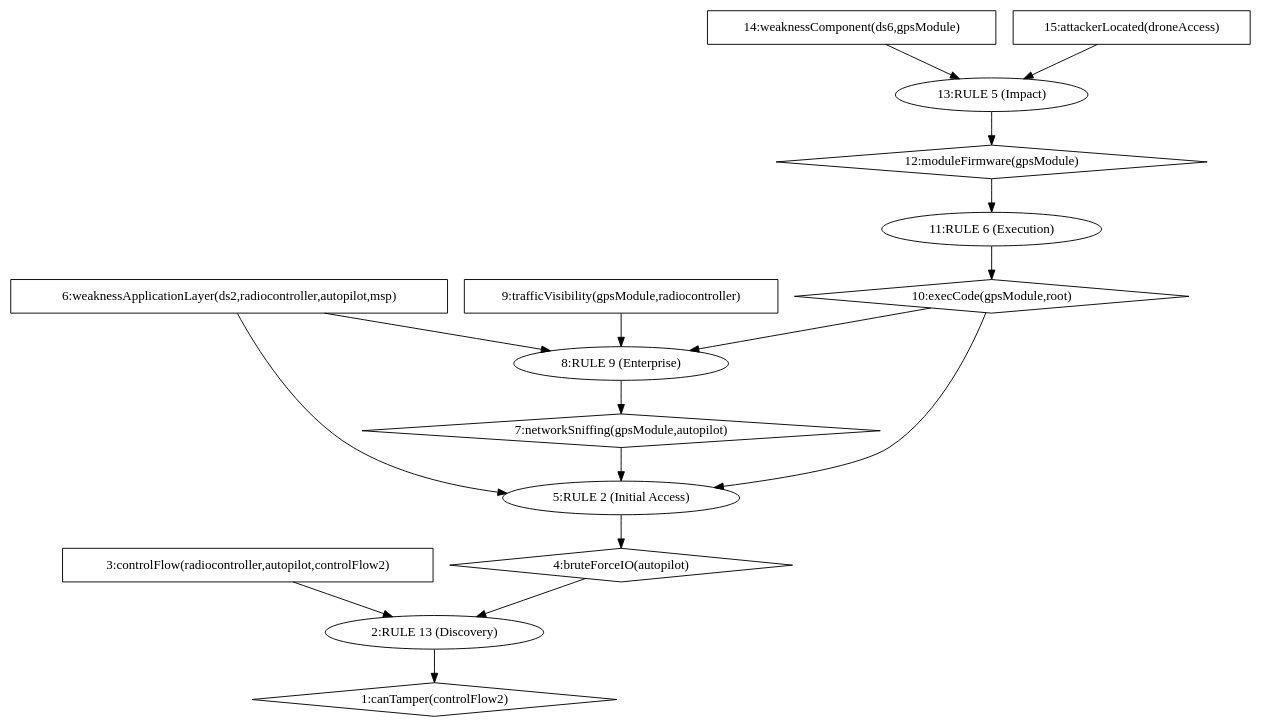
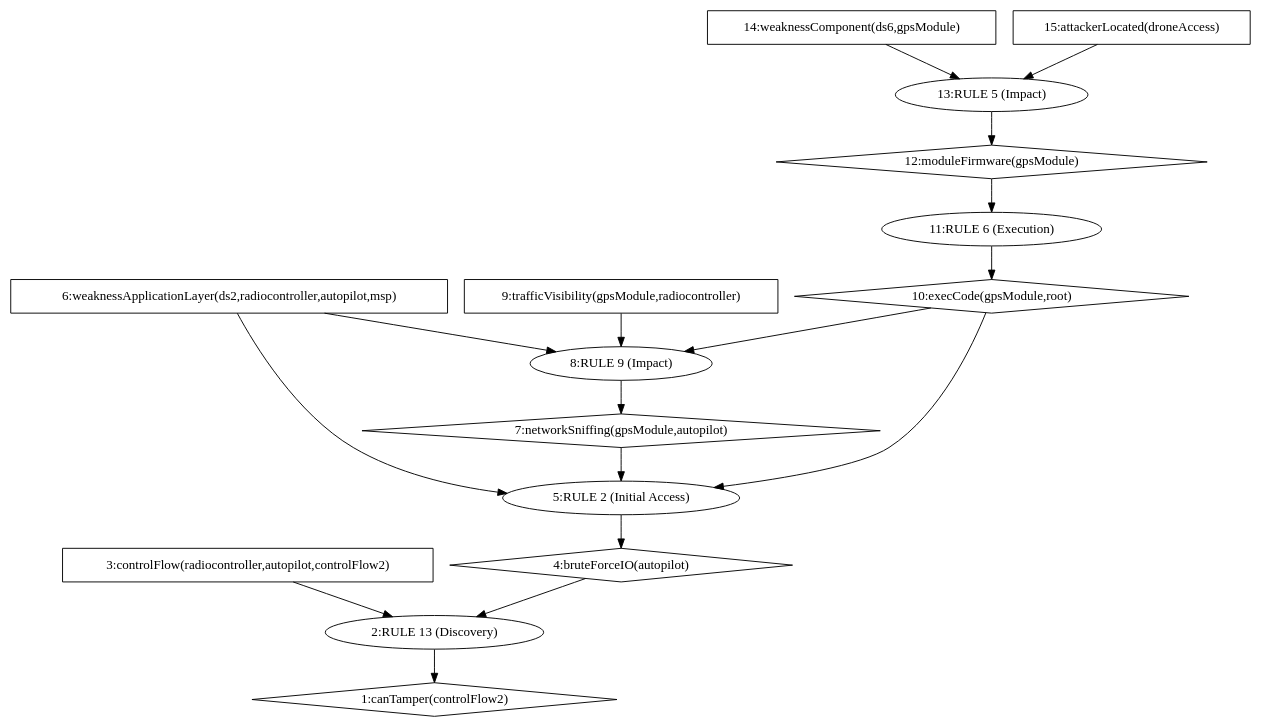
The diagram in INAV_Flight_controller/AttackGraph/outputFCI/AttackGraph.dot (NS-unina/GCAP_Mod), drawn with Graphviz before and after one commit. The commit also changed 11 other files, not shown here.

```diff
--- a/INAV_Flight_controller/AttackGraph/outputFCI/AttackGraph.dot
+++ b/INAV_Flight_controller/AttackGraph/outputFCI/AttackGraph.dot
@@ -1,33 +1,33 @@
 digraph G {
 	1 [label="1:canTamper(controlFlow2)",shape=diamond];
 	2 [label="2:RULE 13 (Discovery)",shape=ellipse];
 	3 [label="3:controlFlow(radiocontroller,autopilot,controlFlow2)",shape=box];
 	4 [label="4:bruteForceIO(autopilot)",shape=diamond];
 	5 [label="5:RULE 2 (Initial Access)",shape=ellipse];
 	6 [label="6:weaknessApplicationLayer(ds2,radiocontroller,autopilot,msp)",shape=box];
 	7 [label="7:networkSniffing(gpsModule,autopilot)",shape=diamond];
-	8 [label="8:RULE 9 (Enterprise)",shape=ellipse];
+	8 [label="8:RULE 9 (Impact)",shape=ellipse];
 	9 [label="9:trafficVisibility(gpsModule,radiocontroller)",shape=box];
 	10 [label="10:execCode(gpsModule,root)",shape=diamond];
 	11 [label="11:RULE 6 (Execution)",shape=ellipse];
 	12 [label="12:moduleFirmware(gpsModule)",shape=diamond];
 	13 [label="13:RULE 5 (Impact)",shape=ellipse];
 	14 [label="14:weaknessComponent(ds6,gpsModule)",shape=box];
 	15 [label="15:attackerLocated(droneAccess)",shape=box];
 	3 -> 	2;
 	6 -> 	5;
 	6 -> 	8;
 	9 -> 	8;
 	14 -> 	13;
 	15 -> 	13;
 	13 -> 	12;
 	12 -> 	11;
 	11 -> 	10;
 	10 -> 	8;
 	8 -> 	7;
 	7 -> 	5;
 	10 -> 	5;
 	5 -> 	4;
 	4 -> 	2;
 	2 -> 	1;
 }
```
